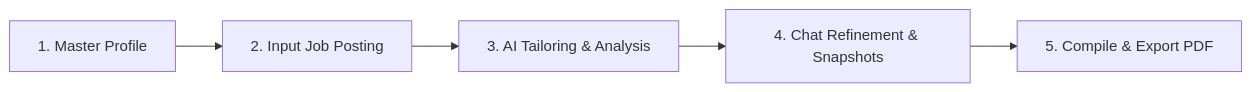
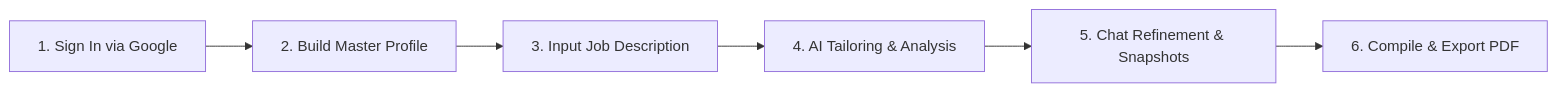
Before and after one commit to Hima-11-works/BuildR: the diagram in README.md, drawn with Mermaid. The commit also changed other lines of this file, not shown here.

````diff
--- a/README.md
+++ b/README.md
@@ -295,7 +296,8 @@
 ```mermaid
 graph LR
-    A[1. Master Profile] --> B[2. Input Job Posting]
-    B --> C[3. AI Tailoring & Analysis]
-    C --> D[4. Chat Refinement & Snapshots]
-    D --> E[5. Compile & Export PDF]
+    A[1. Sign In via Google] --> B[2. Build Master Profile]
+    B --> C[3. Input Job Description]
+    C --> D[4. AI Tailoring & Analysis]
+    D --> E[5. Chat Refinement & Snapshots]
+    E --> F[6. Compile & Export PDF]
 ```
````
